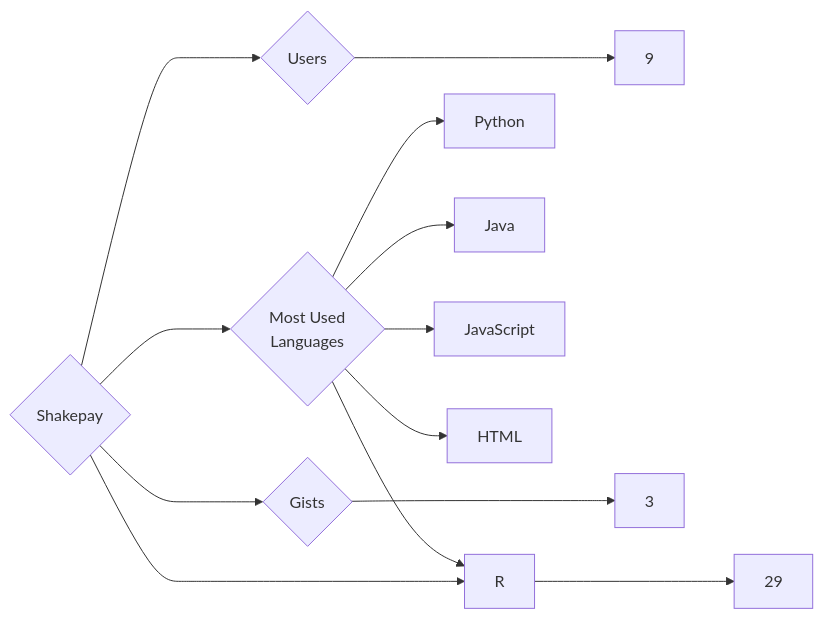
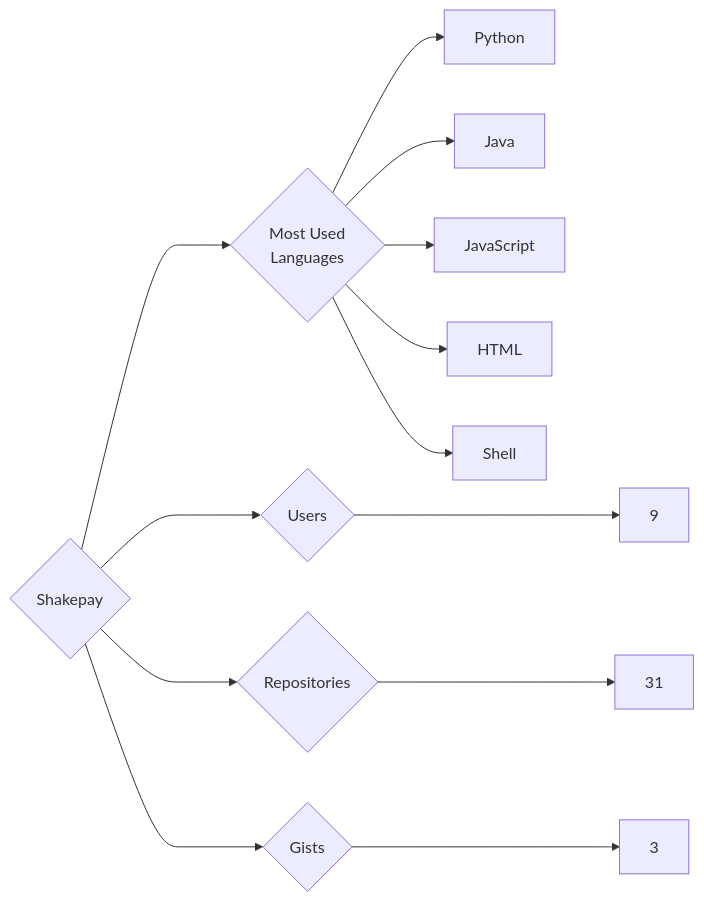
Before and after one commit to trickest/insiders: the diagram in targets/Shakepay/README.md, drawn with Mermaid. The commit also changed 912 other files, not shown here.

````diff
--- a/targets/Shakepay/README.md
+++ b/targets/Shakepay/README.md
@@ -3,13 +3,13 @@
 ```mermaid
 graph LR
 COMPANY_NAME{Shakepay}
 COMPANY_NAME ---> U{Users} ---> UN[9]
-COMPANY_NAME ---> R{Repositories} ---> RN[29]
+COMPANY_NAME ---> R{Repositories} ---> RN[31]
 COMPANY_NAME ---> G{Gists} ---> GN[3]
 COMPANY_NAME ---> ML{Most Used<br>Languages}
 ML --> Python[Python]
 ML --> Java[Java]
 ML --> JavaScript[JavaScript]
 ML --> HTML[HTML]
-ML --> R[R]
+ML --> Shell[Shell]
 ```
````
